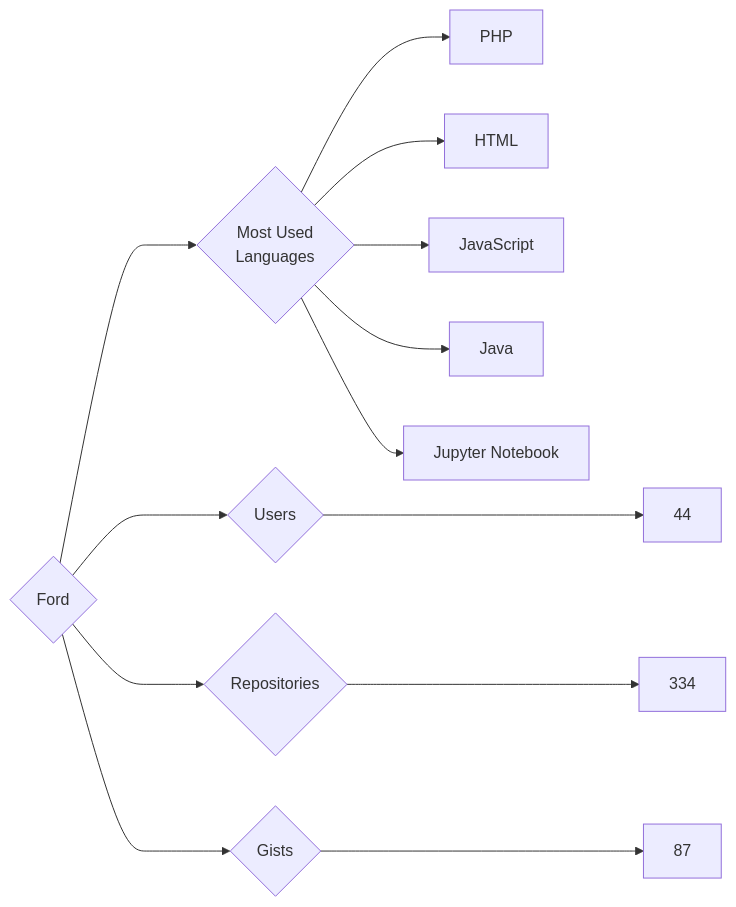
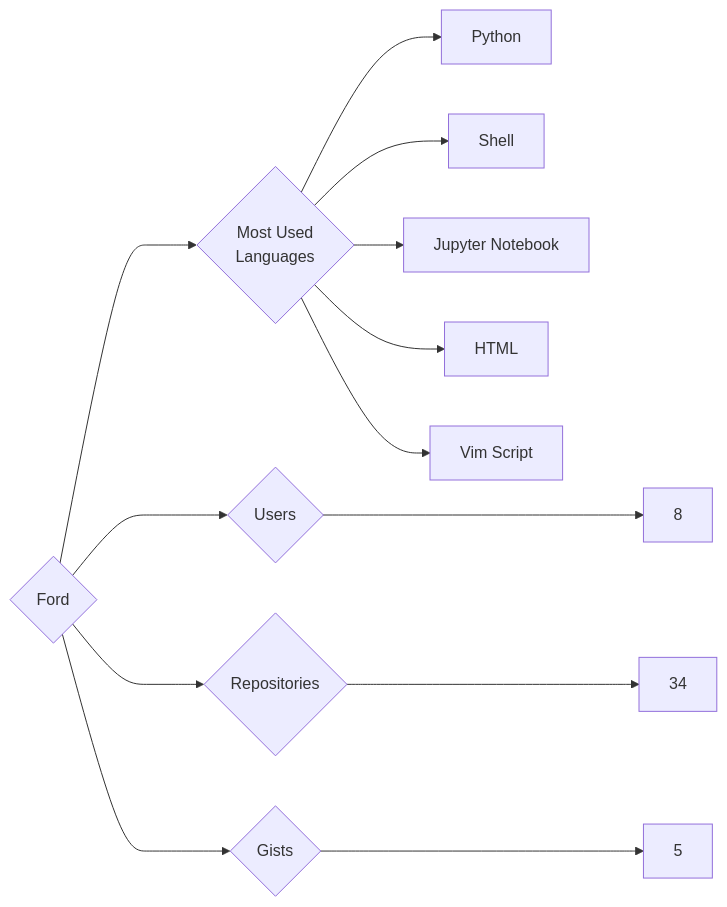
Before and after one commit to trickest/insiders: the diagram in targets/Ford/README.md, drawn with Mermaid. The commit also changed 745 other files, not shown here.

````diff
--- a/targets/Ford/README.md
+++ b/targets/Ford/README.md
@@ -3,13 +3,13 @@
 ```mermaid
 graph LR
 COMPANY_NAME{Ford}
-COMPANY_NAME ---> U{Users} ---> UN[44]
-COMPANY_NAME ---> R{Repositories} ---> RN[334]
-COMPANY_NAME ---> G{Gists} ---> GN[87]
+COMPANY_NAME ---> U{Users} ---> UN[8]
+COMPANY_NAME ---> R{Repositories} ---> RN[34]
+COMPANY_NAME ---> G{Gists} ---> GN[5]
 COMPANY_NAME ---> ML{Most Used<br>Languages}
-ML --> PHP[PHP]
+ML --> Python[Python]
+ML --> Shell[Shell]
+ML --> Jupyter_Notebook[Jupyter Notebook]
 ML --> HTML[HTML]
-ML --> JavaScript[JavaScript]
-ML --> Java[Java]
-ML --> Jupyter_Notebook[Jupyter Notebook]
+ML --> Vim_Script[Vim Script]
 ```
````
